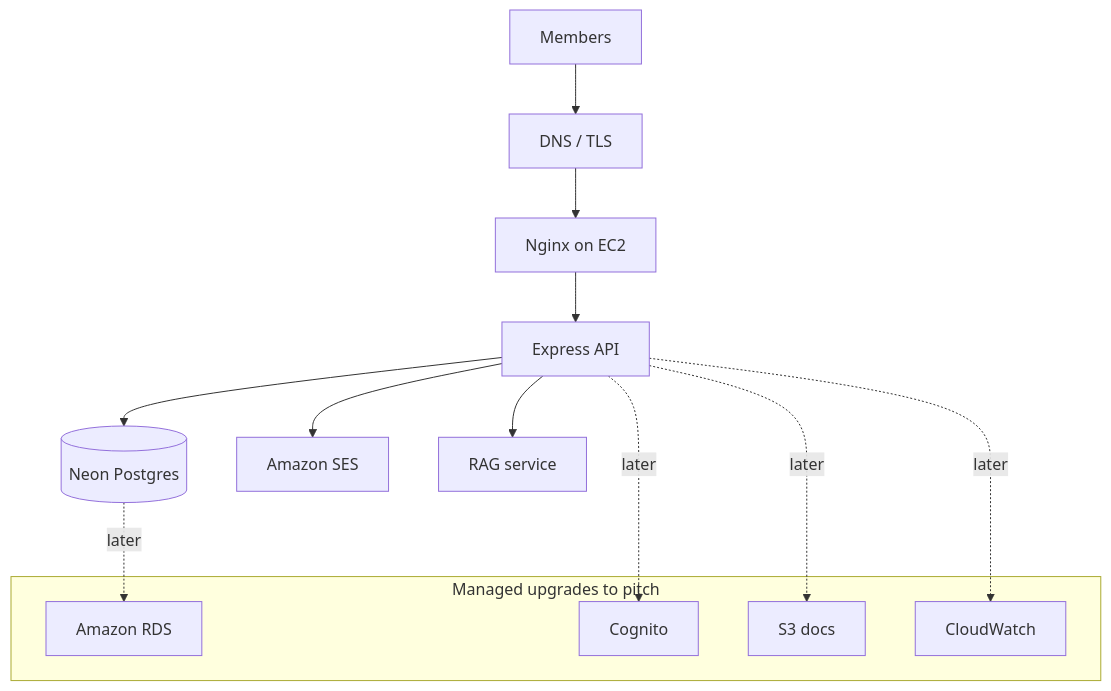
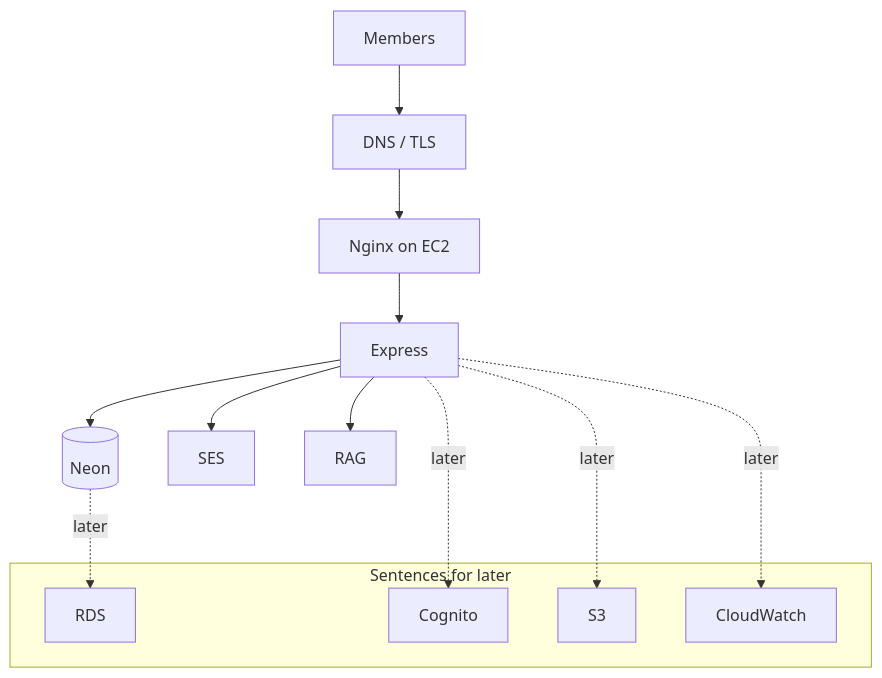
Before and after one commit to sreecharan-desu/hackx-slides: the diagram in content/tracks/backend-from-zero/lessons/29-aws-pitch.md, drawn with Mermaid. The commit also changed other lines of this file and 35 other files, not shown here.

````diff
--- a/content/tracks/backend-from-zero/lessons/29-aws-pitch.md
+++ b/content/tracks/backend-from-zero/lessons/29-aws-pitch.md
@@ -10,21 +10,21 @@
 ```mermaid
 flowchart TB
   U[Members] --> EDGE[DNS / TLS]
   EDGE --> NGX[Nginx on EC2]
-  NGX --> API[Express API]
-  API --> NEON[(Neon Postgres)]
-  API --> SES[Amazon SES]
-  API --> RAG[RAG service]
+  NGX --> API[Express]
+  API --> NEON[(Neon)]
+  API --> SES[SES]
+  API --> RAG[RAG]
 
-  subgraph pitch [Managed upgrades to pitch]
-    RDS[Amazon RDS]
+  subgraph pitch [Sentences for later]
+    RDS[RDS]
     COG[Cognito]
-    S3[S3 docs]
+    S3[S3]
     CW[CloudWatch]
   end
 
   NEON -. later .-> RDS
   API -. later .-> COG
   API -. later .-> S3
   API -. later .-> CW
 ```
````
